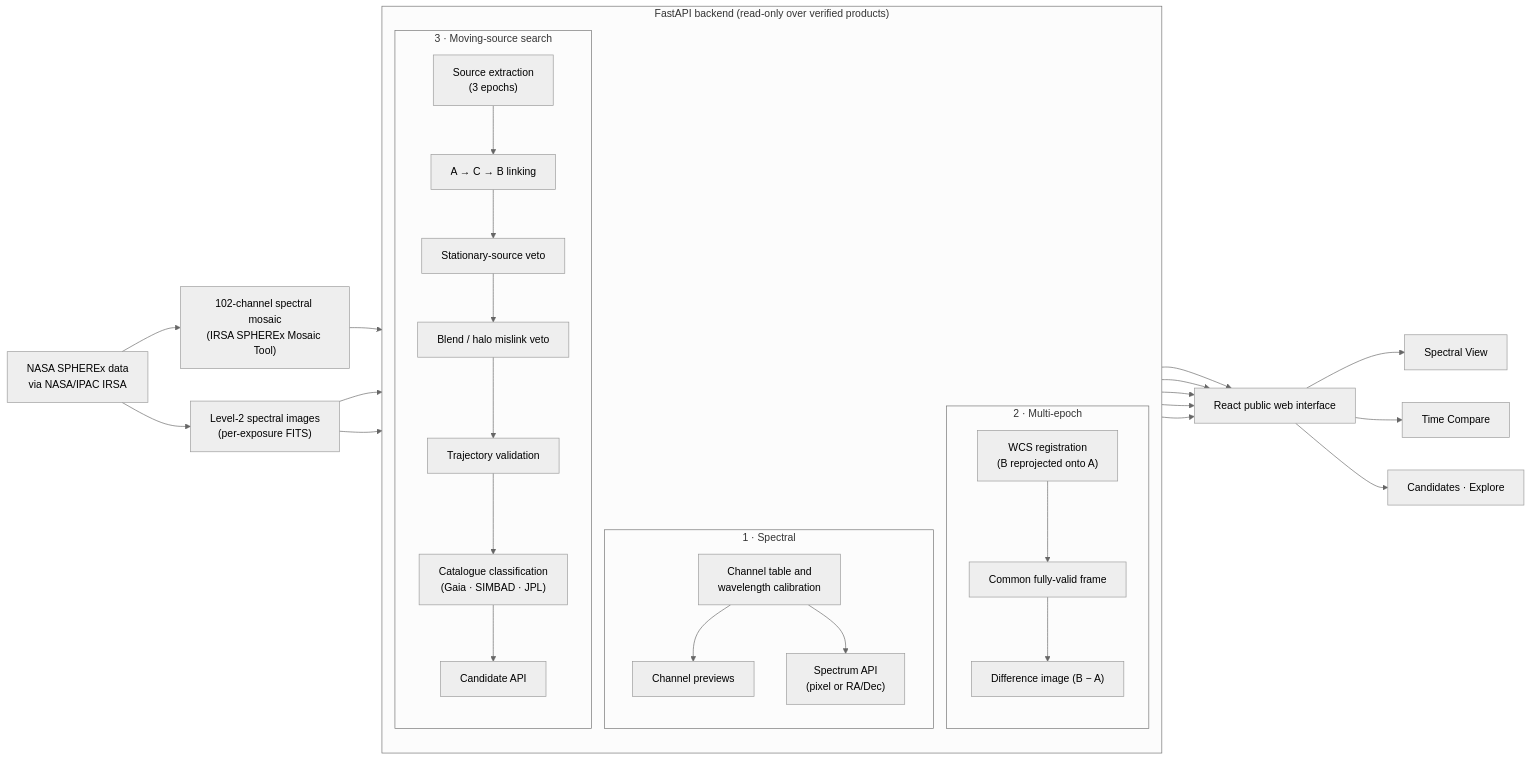
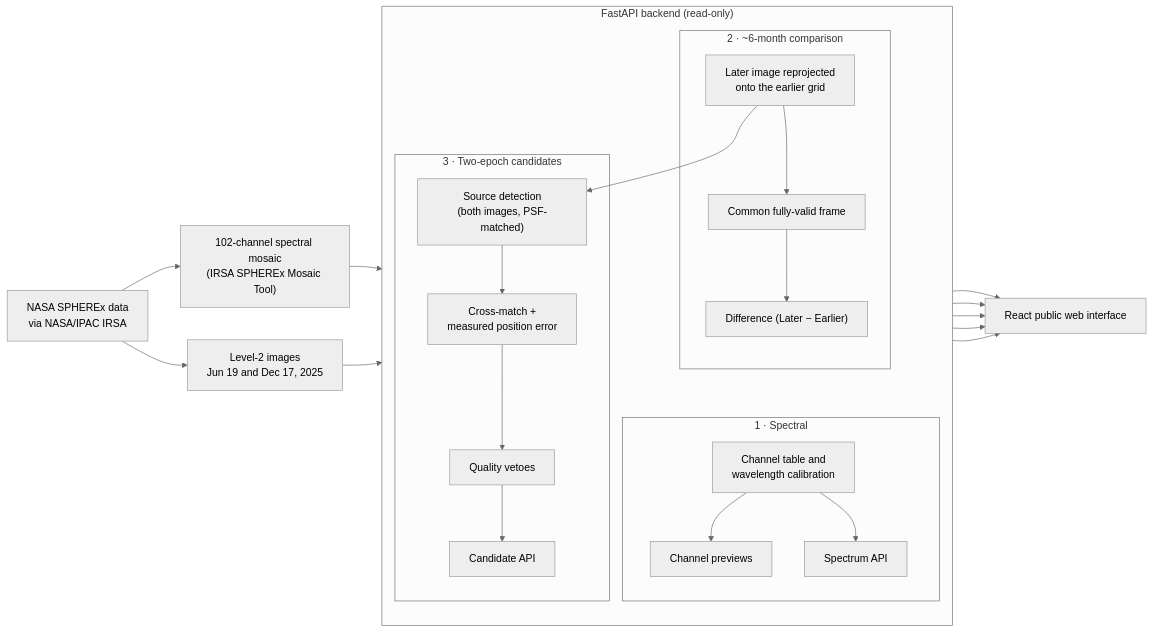
The diagram in README.md (rafincs3023-cyber/SpectraShift), drawn with Mermaid (neutral theme) before and after one commit. The commit also changed other lines of this file and 113 other files, not shown here.

First line of the commit message:
Rebuild candidates on the ~6-month pair only

````diff
--- a/README.md
+++ b/README.md
@@ -44,39 +69,32 @@
 ```mermaid
 flowchart LR
-    IRSA["NASA SPHEREx data<br/>via NASA/IPAC IRSA"] --> L2["Level-2 spectral images<br/>(per-exposure FITS)"]
-    IRSA --> MOS["102-channel spectral mosaic<br/>(IRSA SPHEREx Mosaic Tool)"]
+    IRSA["NASA SPHEREx data<br/>via NASA/IPAC IRSA"] --> MOS["102-channel spectral mosaic<br/>(IRSA SPHEREx Mosaic Tool)"]
+    IRSA --> L2["Level-2 images<br/>Jun 19 and Dec 17, 2025"]
 
-    subgraph BE["FastAPI backend (read-only over verified products)"]
+    subgraph BE["FastAPI backend (read-only)"]
         direction TB
         subgraph S1["1 · Spectral"]
             SP["Channel table and<br/>wavelength calibration"] --> SPV["Channel previews"]
-            SP --> SPS["Spectrum API<br/>(pixel or RA/Dec)"]
+            SP --> SPS["Spectrum API"]
         end
-        subgraph S2["2 · Multi-epoch"]
-            REG["WCS registration<br/>(B reprojected onto A)"] --> CROP["Common fully-valid frame"]
-            CROP --> DIFF["Difference image (B − A)"]
+        subgraph S2["2 · ~6-month comparison"]
+            REG["Later image reprojected<br/>onto the earlier grid"] --> CROP["Common fully-valid frame"]
+            CROP --> DIFF["Difference (Later − Earlier)"]
         end
-        subgraph S3["3 · Moving-source search"]
-            EXT["Source extraction<br/>(3 epochs)"] --> LINK["A → C → B linking"]
-            LINK --> VETO1["Stationary-source veto"]
-            VETO1 --> VETO2["Blend / halo mislink veto"]
-            VETO2 --> VAL["Trajectory validation"]
-            VAL --> CAT["Catalogue classification<br/>(Gaia · SIMBAD · JPL)"]
-            CAT --> CAPI["Candidate API"]
+        subgraph S3["3 · Two-epoch candidates"]
+            DET["Source detection<br/>(both images, PSF-matched)"] --> MATCH["Cross-match +<br/>measured position error"]
+            MATCH --> VETO["Quality vetoes"]
+            VETO --> CAPI["Candidate API"]
         end
     end
 
     MOS --> SP
     L2 --> REG
-    L2 --> EXT
+    REG --> DET
 
     SPV --> UI["React public web interface"]
     SPS --> UI
     DIFF --> UI
     CROP --> UI
     CAPI --> UI
-
-    UI --> V1["Spectral View"]
-    UI --> V2["Time Compare"]
-    UI --> V3["Candidates · Explore"]
 ```
````
